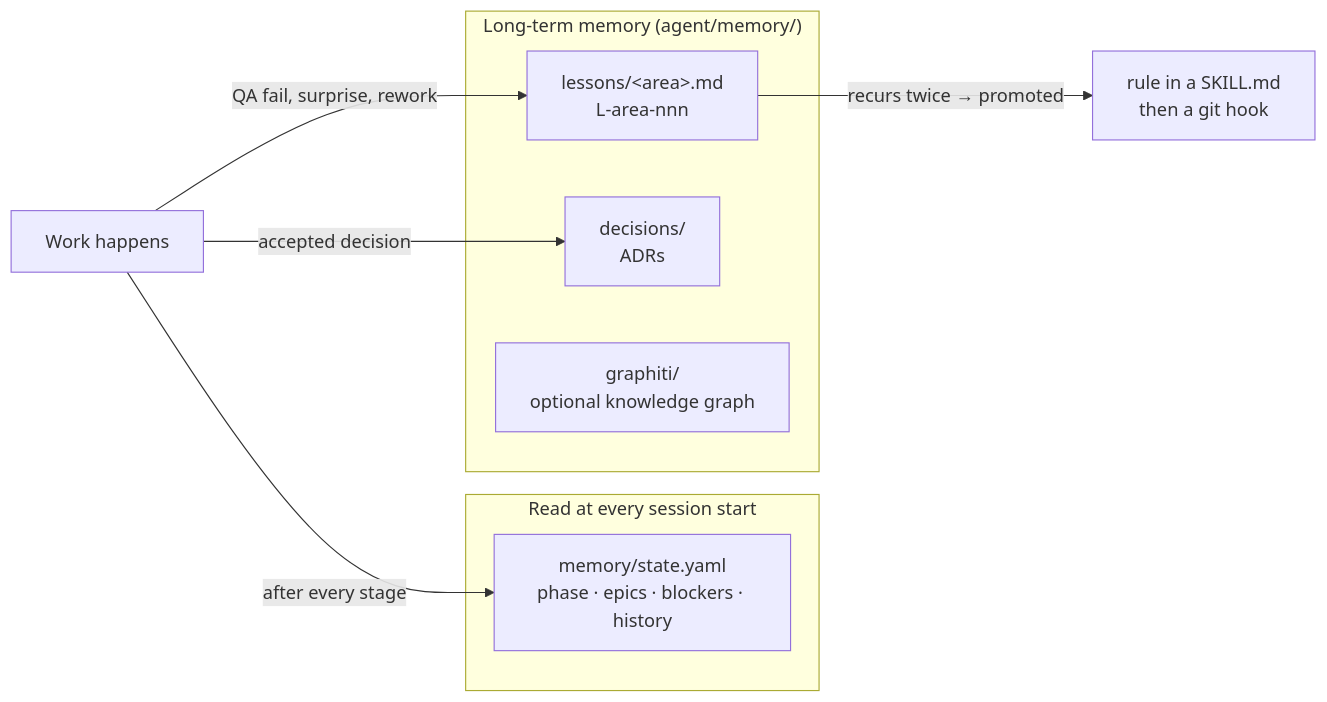
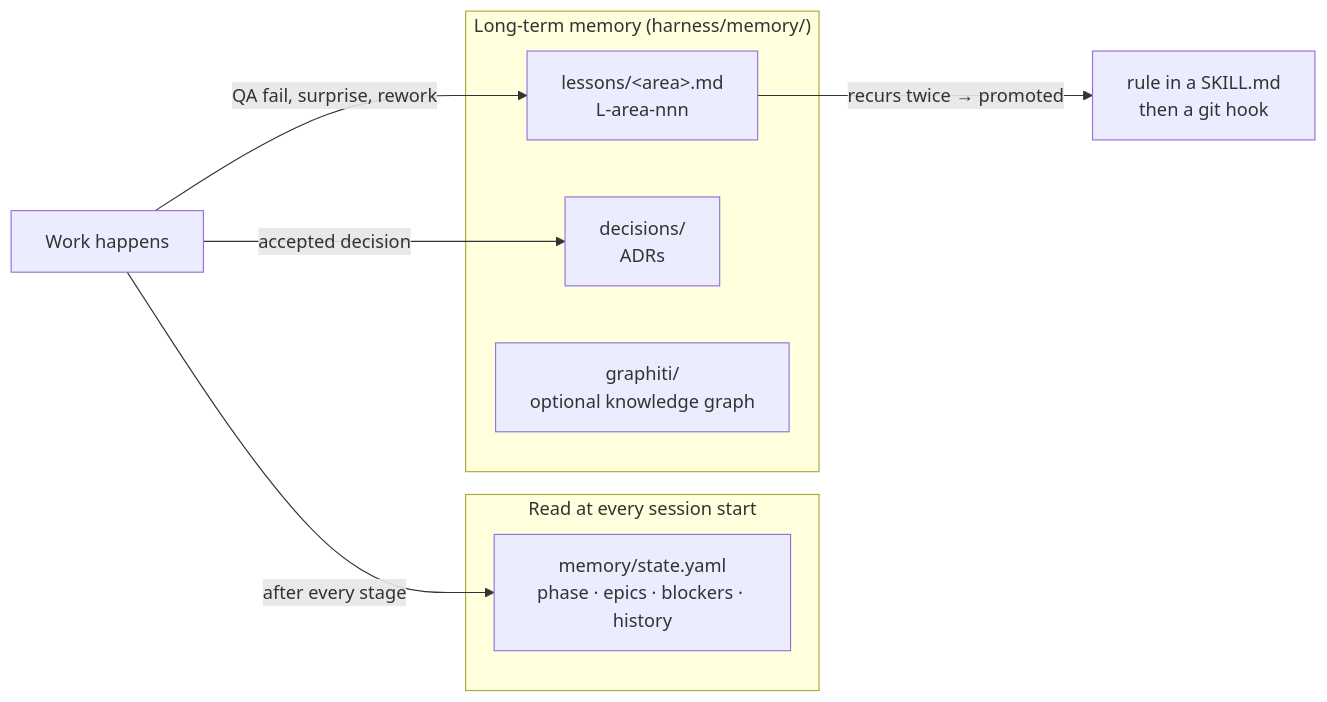
The fifth of 7 diagrams in README.md (nuhin13/Workflow), drawn with Mermaid before and after one commit. The commit also changed other lines of this file and 187 other files, not shown here.

First line of the commit message:
feat(v2-4): rename agent/ -> harness/ (visible), atomic (§7 · ADR-0001 D-2)

````diff
--- a/README.md
+++ b/README.md
@@ -155,15 +155,15 @@
 ```mermaid
 flowchart LR
     subgraph EVERY_SESSION["Read at every session start"]
         ST["memory/state.yaml<br>phase · epics · blockers · history"]
     end
-    subgraph LONG_TERM["Long-term memory (agent/memory/)"]
+    subgraph LONG_TERM["Long-term memory (harness/memory/)"]
         LE["lessons/&lt;area&gt;.md<br>L-area-nnn"]
         AD["decisions/<br>ADRs"]
         GR["graphiti/<br>optional knowledge graph"]
     end
     W[Work happens] -->|after every stage| ST
     W -->|QA fail, surprise, rework| LE
     W -->|accepted decision| AD
     LE -->|"recurs twice → promoted"| RULE["rule in a SKILL.md<br>then a git hook"]
 ```
````
